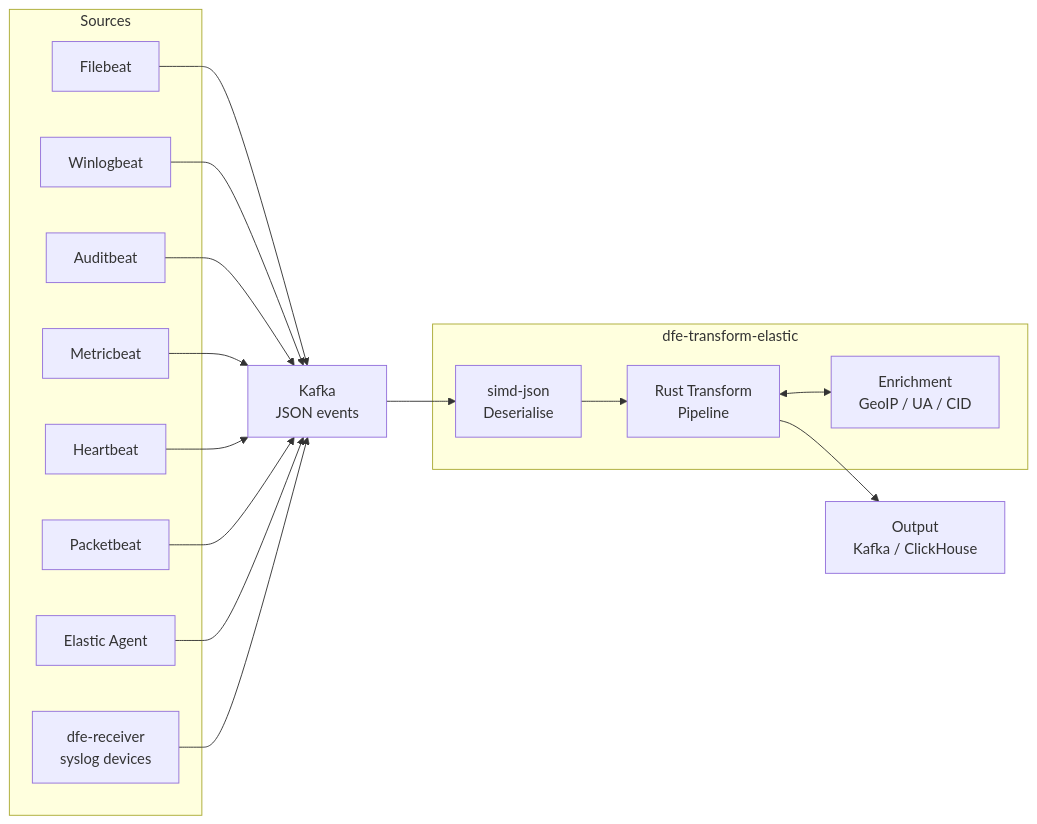
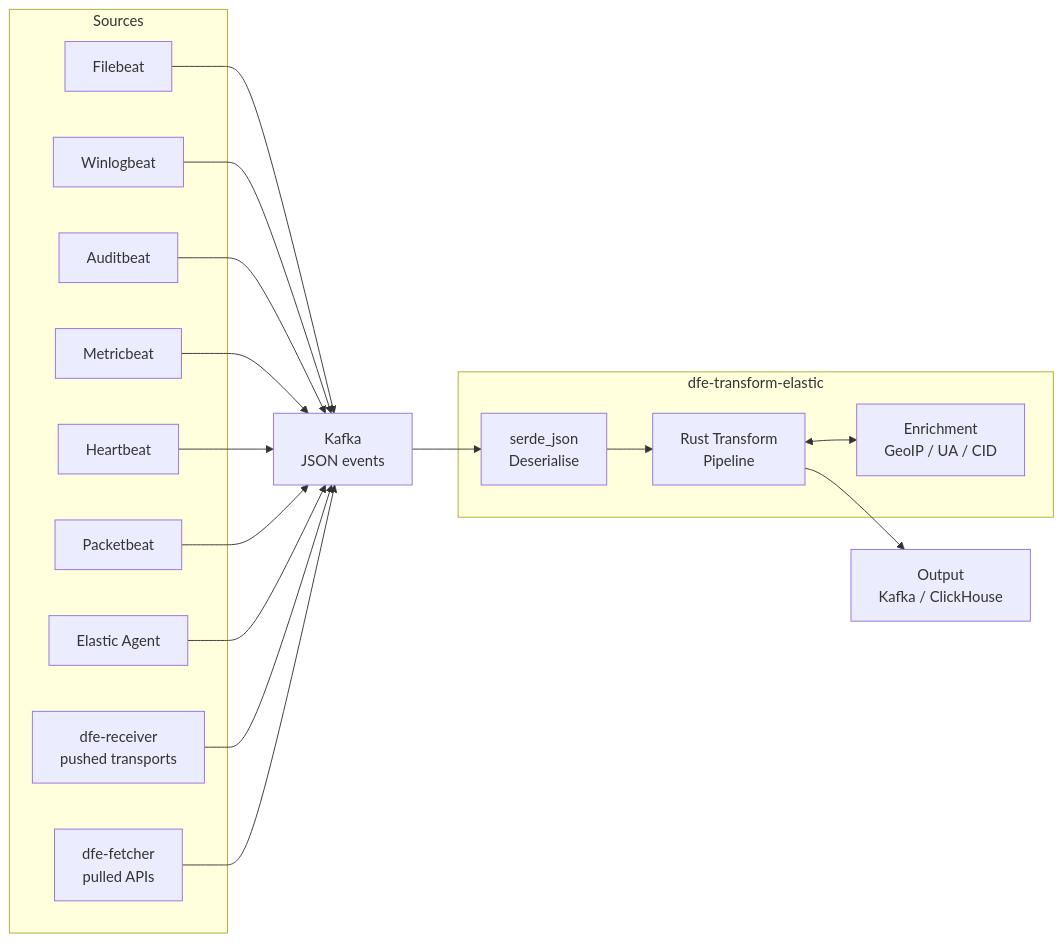
Before and after one commit to hyperi-io/dfe-transform-elastic: the first of 8 diagrams in docs/DESIGN.md, drawn with Mermaid. The commit also changed other lines of this file and 3 other files, not shown here.

````diff
--- a/docs/DESIGN.md
+++ b/docs/DESIGN.md
@@ -80,27 +85,28 @@
 ```mermaid
 flowchart LR
     subgraph Sources
         FB[Filebeat]
         WB[Winlogbeat]
         AB[Auditbeat]
         MB[Metricbeat]
         HB[Heartbeat]
         PB[Packetbeat]
         EA[Elastic Agent]
-        RX[dfe-receiver<br/>syslog devices]
+        RX[dfe-receiver<br/>pushed transports]
+        FX[dfe-fetcher<br/>pulled APIs]
     end
 
     K[Kafka<br/>JSON events]
 
     subgraph dfe-transform-elastic
-        D[simd-json<br/>Deserialise]
+        D[serde_json<br/>Deserialise]
         T[Rust Transform<br/>Pipeline]
         E[Enrichment<br/>GeoIP / UA / CID]
     end
 
     O[Output<br/>Kafka / ClickHouse]
 
-    FB & WB & AB & MB & HB & PB & EA & RX --> K
+    FB & WB & AB & MB & HB & PB & EA & RX & FX --> K
     K --> D --> T --> O
     T <--> E
 ```
````
